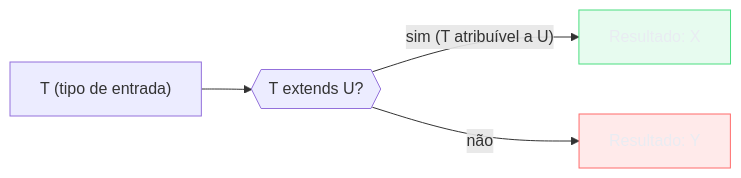
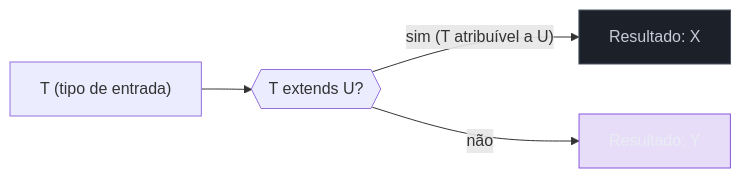
One commit to josenaldo/codex-technomanticus changed the first of 5 diagrams in 03-Dominios/Tecnologia/TypeScript/13 - Conditional types.md. Above: the diagram before and after it, drawn with Mermaid. The commit also changed other lines of this file and 601 other files, not shown here.

````diff
--- a/03-Dominios/Tecnologia/TypeScript/13 - Conditional types.md
+++ b/03-Dominios/Tecnologia/TypeScript/13 - Conditional types.md
@@ -41,16 +41,16 @@
 ```mermaid
 flowchart LR
-    classDef ok fill:#4ADE8021,stroke:#4ADE80,color:#E9ECF2
-    classDef falha fill:#FF6B6B24,stroke:#FF6B6B,color:#E9ECF2
+    classDef marca fill:#8855DF33,stroke:#8855DF,color:#E9ECF2
+    classDef neutro fill:#1B2029,stroke:#4E5666,color:#C6CCD8
     T["T (tipo de entrada)"]
     Q{{"T extends U?"}}
     X["Resultado: X"]
     Y["Resultado: Y"]
 
     T --> Q
     Q -- "sim (T atribuível a U)" --> X
     Q -- "não" --> Y
 
-    class X ok
-    class Y falha
+    class X neutro
+    class Y marca
 ```
````
